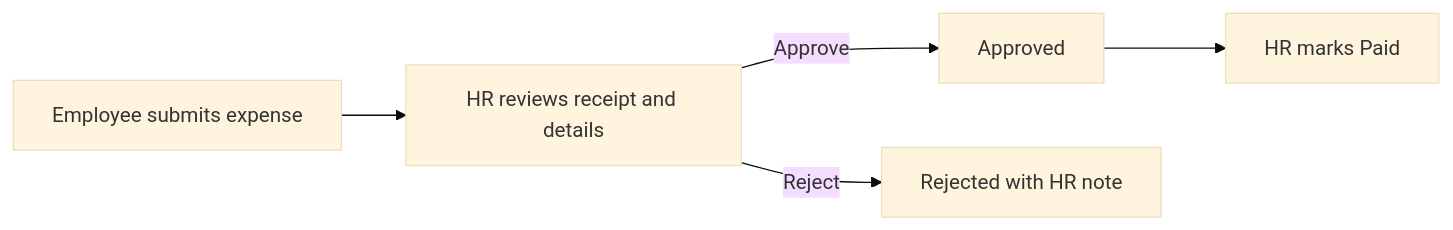
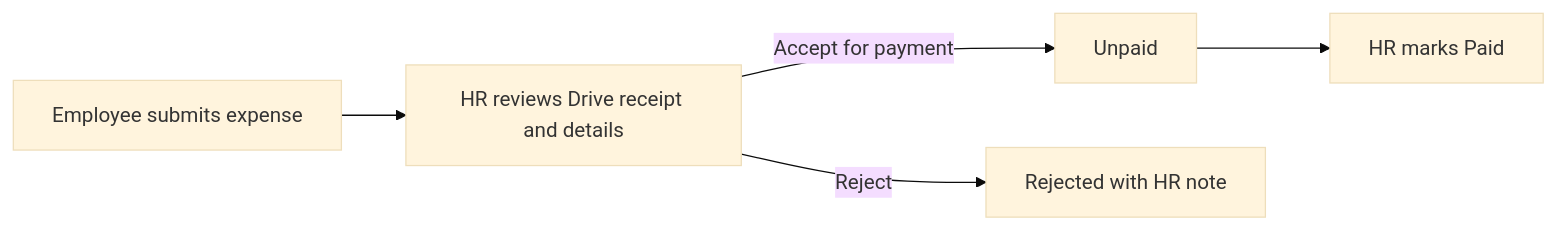
The fourth of 4 diagrams in docs/OPERATIONS_AND_WORKFLOWS.md (Sameerreddy-ATD/Atd-Hrms), drawn with Mermaid (base theme) before and after one commit. The commit also changed other lines of this file and 42 other files, not shown here.

````diff
--- a/docs/OPERATIONS_AND_WORKFLOWS.md
+++ b/docs/OPERATIONS_AND_WORKFLOWS.md
@@ -203,7 +208,7 @@
 ```mermaid
 flowchart LR
-  A["Employee submits expense"] --> B["HR reviews receipt and details"]
-  B -->|Approve| C["Approved"]
+  A["Employee submits expense"] --> B["HR reviews Drive receipt and details"]
+  B -->|Accept for payment| C["Unpaid"]
   B -->|Reject| D["Rejected with HR note"]
   C --> E["HR marks Paid"]
 ```
````
